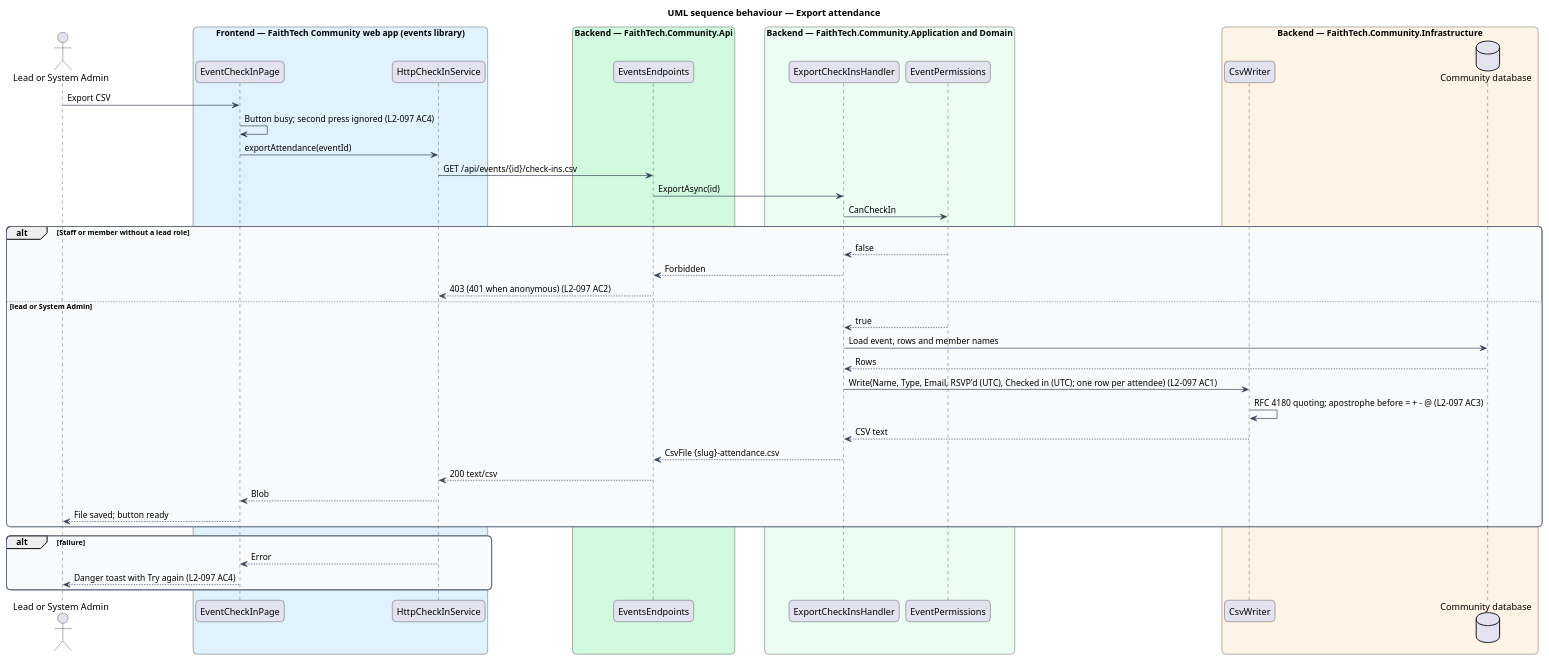
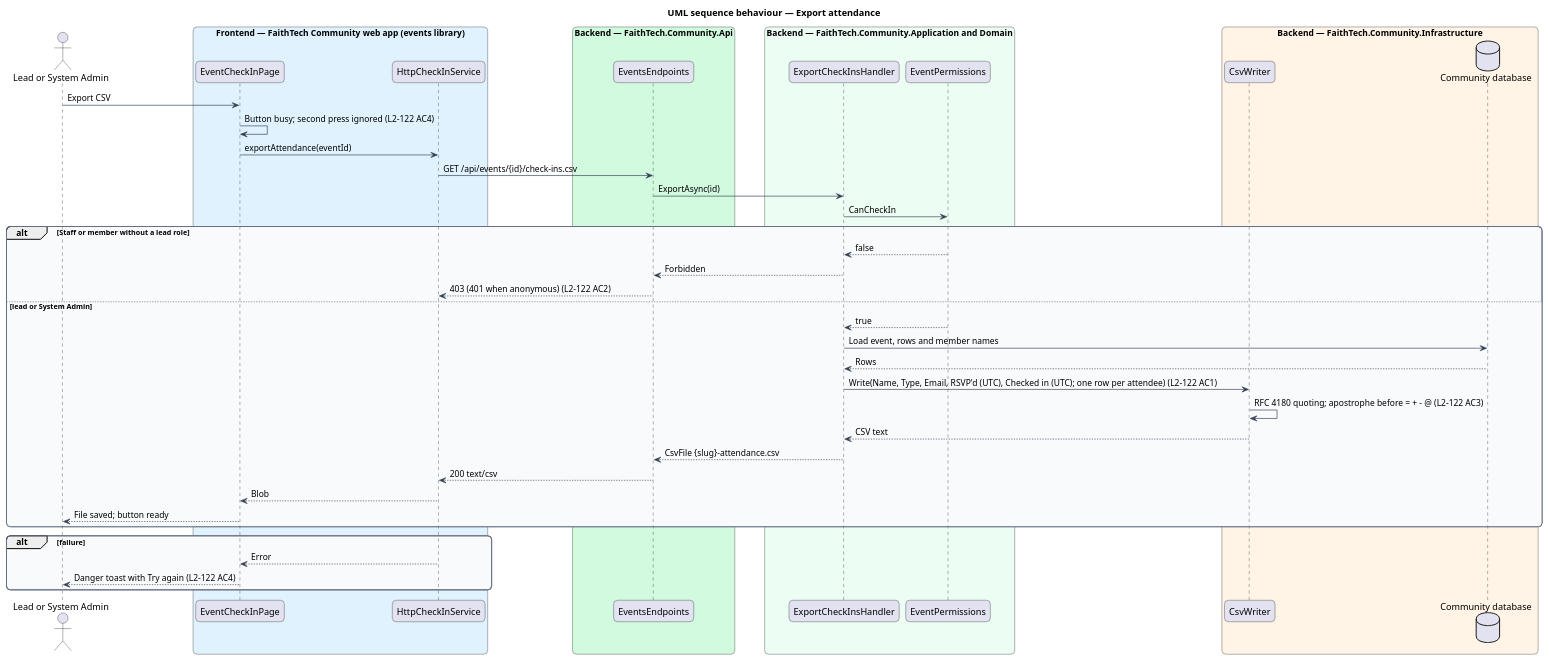
One commit to QuinntyneBrown/faithtech-community changed the diagram in docs/detailed-designs/events/event-check-in/diagrams/sequence-export-attendance.puml. Above: the diagram before and after it, drawn with PlantUML. The commit also changed 243 other files, not shown here.

```diff
--- a/docs/detailed-designs/events/event-check-in/diagrams/sequence-export-attendance.puml
+++ b/docs/detailed-designs/events/event-check-in/diagrams/sequence-export-attendance.puml
@@ -1,60 +1,60 @@
 @startuml
 title UML sequence behaviour — Export attendance
 skinparam backgroundColor #FFFFFF
 skinparam shadowing false
 skinparam roundcorner 12
 skinparam defaultFontName Arial
 skinparam ArrowColor #344054
 skinparam rectangle {
   BorderColor #344054
   FontColor #101828
 }
 skinparam package {
   BorderColor #667085
   FontColor #101828
   BackgroundColor #F9FAFB
 }
 actor "Lead or System Admin" as actor
 box "Frontend — FaithTech Community web app (events library)" #E0F2FE
   participant "EventCheckInPage" as page
   participant "HttpCheckInService" as svc
 end box
 box "Backend — FaithTech.Community.Api" #D1FADF
   participant "EventsEndpoints" as ep
 end box
 box "Backend — FaithTech.Community.Application and Domain" #ECFDF3
   participant "ExportCheckInsHandler" as h
   participant "EventPermissions" as perm
 end box
 box "Backend — FaithTech.Community.Infrastructure" #FFF4E5
   participant "CsvWriter" as csv
   database "Community database" as db
 end box
 
 actor -> page : Export CSV
-page -> page : Button busy; second press ignored (L2-097 AC4)
+page -> page : Button busy; second press ignored (L2-122 AC4)
 page -> svc : exportAttendance(eventId)
 svc -> ep : GET /api/events/{id}/check-ins.csv
 ep -> h : ExportAsync(id)
 h -> perm : CanCheckIn
 alt Staff or member without a lead role
   perm --> h : false
   h --> ep : Forbidden
-  ep --> svc : 403 (401 when anonymous) (L2-097 AC2)
+  ep --> svc : 403 (401 when anonymous) (L2-122 AC2)
 else lead or System Admin
   perm --> h : true
   h -> db : Load event, rows and member names
   db --> h : Rows
-  h -> csv : Write(Name, Type, Email, RSVP'd (UTC), Checked in (UTC); one row per attendee) (L2-097 AC1)
-  csv -> csv : RFC 4180 quoting; apostrophe before = + - @ (L2-097 AC3)
+  h -> csv : Write(Name, Type, Email, RSVP'd (UTC), Checked in (UTC); one row per attendee) (L2-122 AC1)
+  csv -> csv : RFC 4180 quoting; apostrophe before = + - @ (L2-122 AC3)
   csv --> h : CSV text
   h --> ep : CsvFile {slug}-attendance.csv
   ep --> svc : 200 text/csv
   svc --> page : Blob
   page --> actor : File saved; button ready
 end
 alt failure
   svc --> page : Error
-  page --> actor : Danger toast with Try again (L2-097 AC4)
+  page --> actor : Danger toast with Try again (L2-122 AC4)
 end
 @enduml
```
